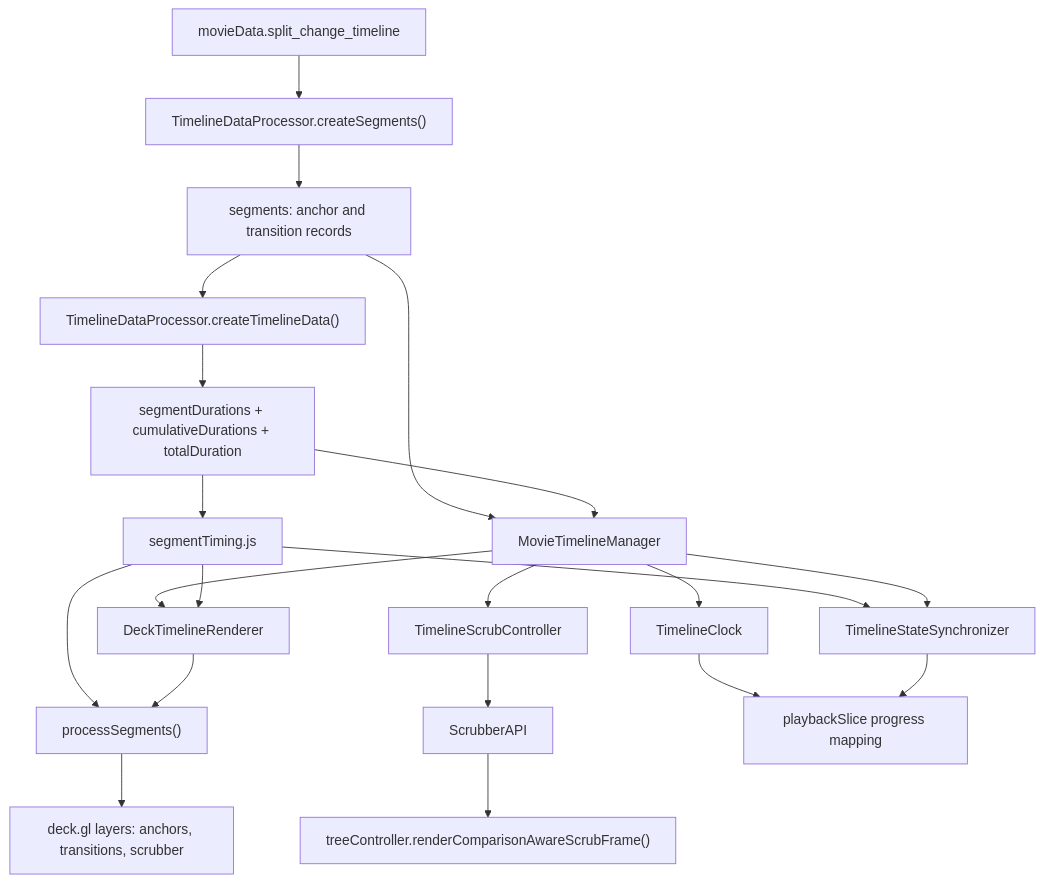
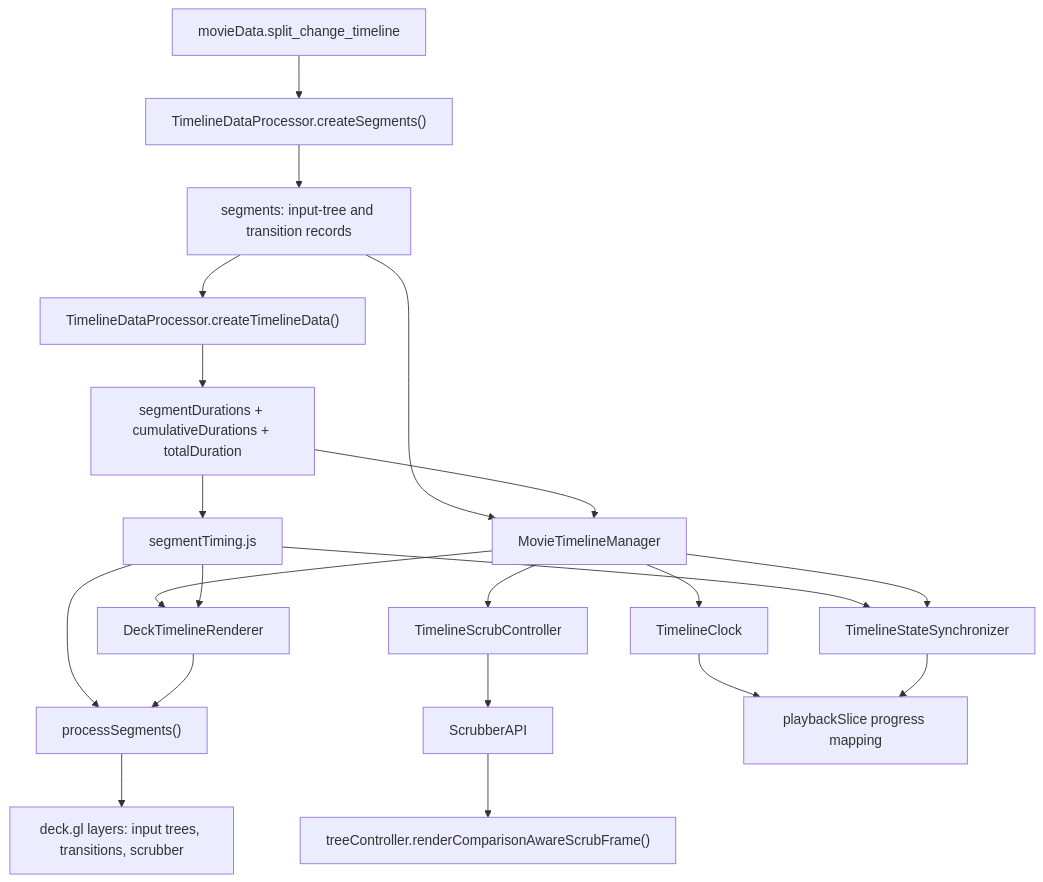
One commit to enesBerkSakalli/phylo-movies changed the diagram in knowledge/wiki/analyses/timeline-subsystem-review.md. Above: the diagram before and after it, drawn with Mermaid. The commit also changed other lines of this file and 63 other files, not shown here.

````diff
--- a/knowledge/wiki/analyses/timeline-subsystem-review.md
+++ b/knowledge/wiki/analyses/timeline-subsystem-review.md
@@ -47,23 +50,23 @@
 ```mermaid
 flowchart TD
   A["movieData.split_change_timeline"] --> B["TimelineDataProcessor.createSegments()"]
-  B --> C["segments: anchor and transition records"]
+  B --> C["segments: input-tree and transition records"]
   C --> D["TimelineDataProcessor.createTimelineData()"]
   D --> E["segmentDurations + cumulativeDurations + totalDuration"]
   C --> F["MovieTimelineManager"]
   E --> F
   F --> G["DeckTimelineRenderer"]
   E --> S["segmentTiming.js"]
   S --> H["processSegments()"]
   S --> G
   S --> K
   G --> H
-  H --> I["deck.gl layers: anchors, transitions, scrubber"]
+  H --> I["deck.gl layers: input trees, transitions, scrubber"]
   F --> J["TimelineClock"]
   F --> K["TimelineStateSynchronizer"]
   F --> L["TimelineScrubController"]
   L --> M["ScrubberAPI"]
   M --> N["treeController.renderComparisonAwareScrubFrame()"]
   J --> O["playbackSlice progress mapping"]
   K --> O
 ```
````
